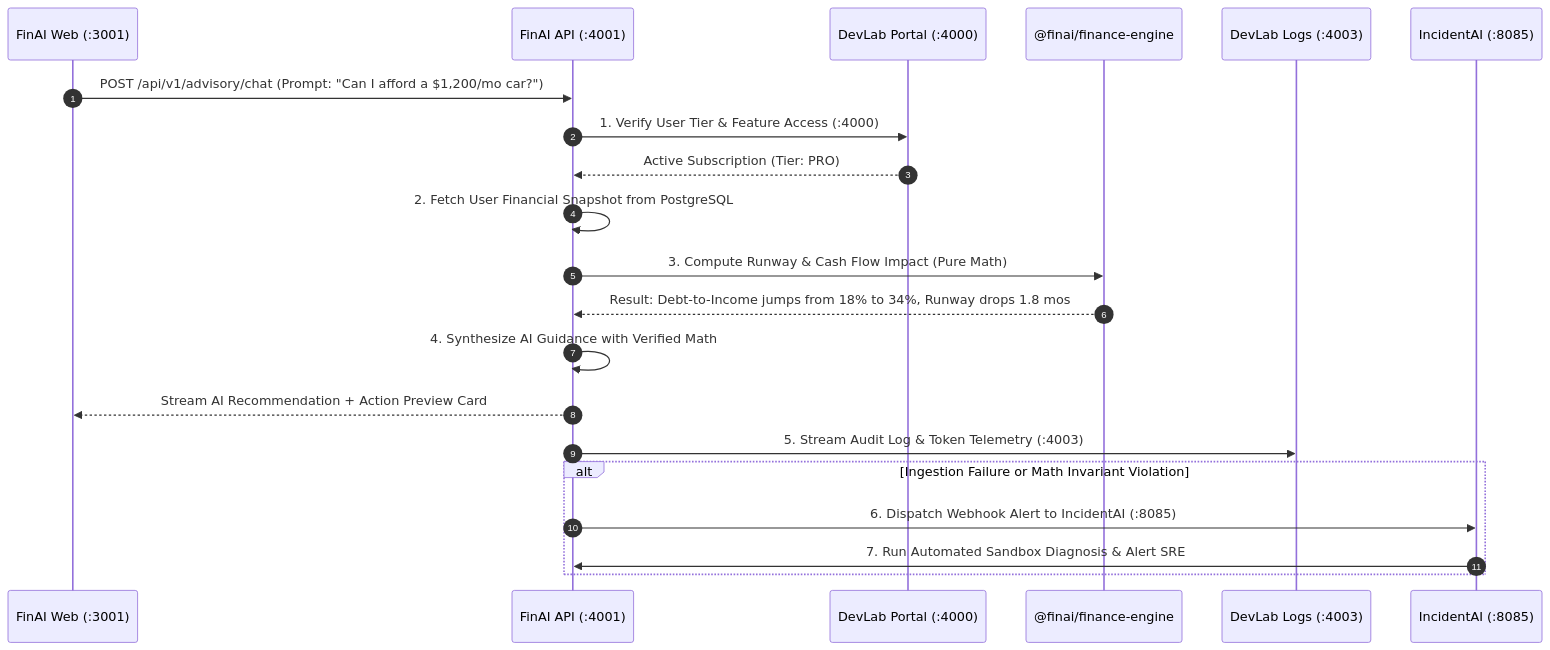
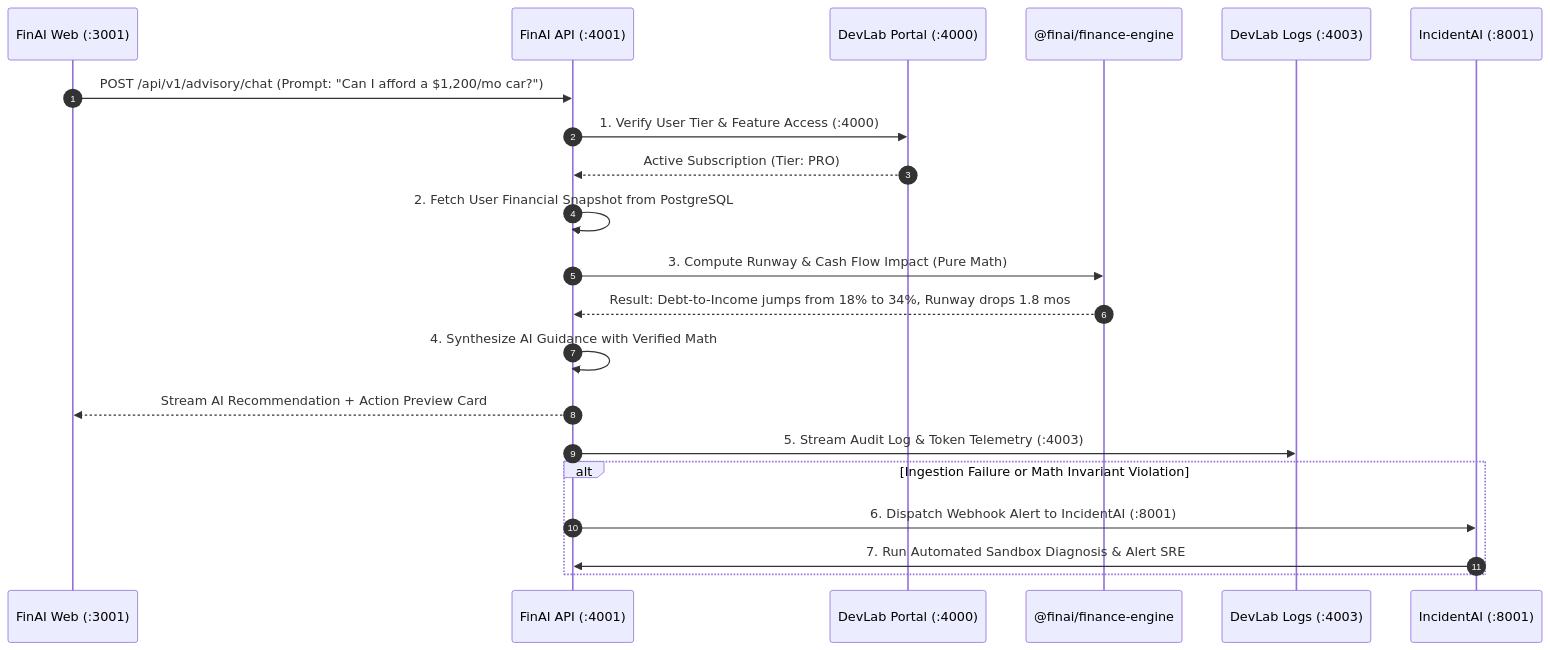
Before and after one commit to yuvadevlab/fin-ai: the diagram in PROJECT_INFO.md, drawn with Mermaid. The commit also changed other lines of this file and 58 other files, not shown here.

````diff
--- a/PROJECT_INFO.md
+++ b/PROJECT_INFO.md
@@ -103,25 +103,25 @@
 ```mermaid
 sequenceDiagram
     autonumber
     participant Client as FinAI Web (:3001)
     participant API as FinAI API (:4001)
     participant DP as DevLab Portal (:4000)
     participant Engine as @finai/finance-engine
     participant DL as DevLab Logs (:4003)
-    participant IA as IncidentAI (:8085)
+    participant IA as IncidentAI (:8001)
 
     Client->>API: POST /api/v1/advisory/chat (Prompt: "Can I afford a $1,200/mo car?")
     API->>DP: 1. Verify User Tier & Feature Access (:4000)
     DP-->>API: Active Subscription (Tier: PRO)
     API->>API: 2. Fetch User Financial Snapshot from PostgreSQL
     API->>Engine: 3. Compute Runway & Cash Flow Impact (Pure Math)
     Engine-->>API: Result: Debt-to-Income jumps from 18% to 34%, Runway drops 1.8 mos
     API->>API: 4. Synthesize AI Guidance with Verified Math
     API-->>Client: Stream AI Recommendation + Action Preview Card
     API->>DL: 5. Stream Audit Log & Token Telemetry (:4003)
 
     alt Ingestion Failure or Math Invariant Violation
-        API->>IA: 6. Dispatch Webhook Alert to IncidentAI (:8085)
+        API->>IA: 6. Dispatch Webhook Alert to IncidentAI (:8001)
         IA->>API: 7. Run Automated Sandbox Diagnosis & Alert SRE
     end
 ```
````
